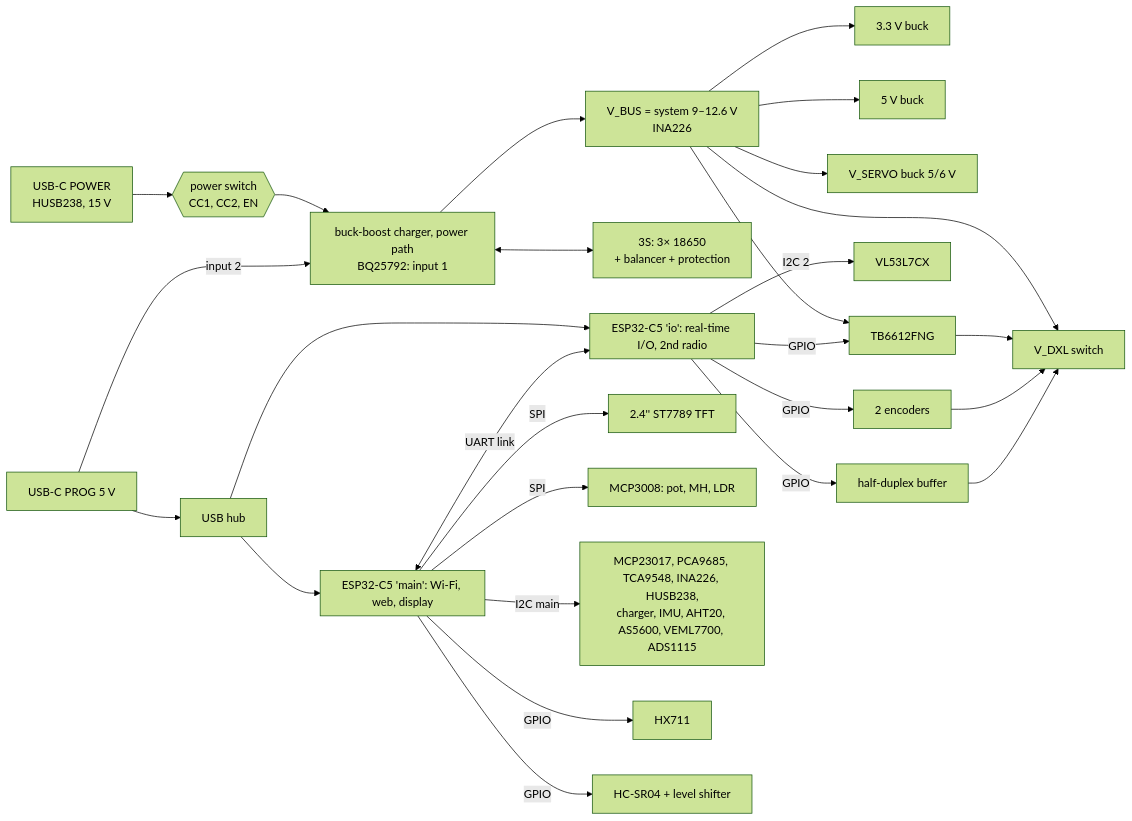
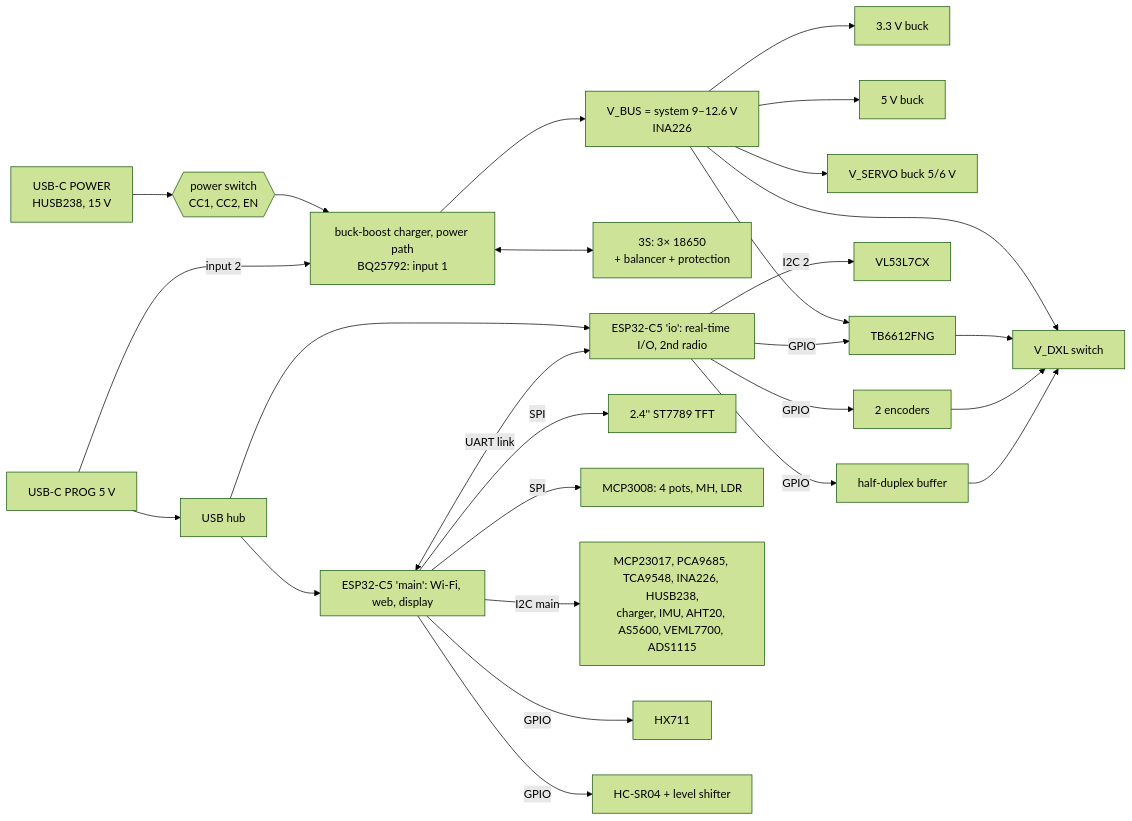
Before and after one commit to vgroenhuis/SensorTestSetup: the diagram in Electronics_KiCad/PCB_SPEC.md, drawn with Mermaid (forest theme). The commit also changed other lines of this file and 6 other files, not shown here.

First line of the commit message:
PCB schematic: 4 LEDs, 2 rocker switches, 4 potentiometers

````diff
--- a/Electronics_KiCad/PCB_SPEC.md
+++ b/Electronics_KiCad/PCB_SPEC.md
@@ -44,23 +44,23 @@
 ```mermaid
 flowchart LR
   PD[USB-C POWER<br>HUSB238, 15 V] --> SW{{power switch<br>CC1, CC2, EN}}
   SW --> CHG[buck-boost charger, power path<br>BQ25792: input 1]
   PROG[USB-C PROG 5 V] --> HUB[USB hub]
   PROG -- input 2 --> CHG
   HUB --> A & B
   CHG <--> BAT[3S: 3× 18650<br>+ balancer + protection]
   CHG --> VBUS[V_BUS = system 9–12.6 V<br>INA226]
   VBUS --> R33[3.3 V buck] & R5[5 V buck] & SERVO[V_SERVO buck 5/6 V] & MOT[TB6612FNG] & DXL[V_DXL switch]
   subgraph A[ESP32-C5 'main': Wi-Fi, web, display]
     direction TB
   end
   subgraph B[ESP32-C5 'io': real-time I/O, 2nd radio]
     direction TB
   end
   A <-- UART link --> B
-  A -- SPI --> TFT[2.4'' ST7789 TFT] & ADC8[MCP3008: pot, MH, LDR]
+  A -- SPI --> TFT[2.4'' ST7789 TFT] & ADC8[MCP3008: 4 pots, MH, LDR]
   A -- I2C main --> I2CDEV[MCP23017, PCA9685, TCA9548, INA226, HUSB238,<br>charger, IMU, AHT20, AS5600, VEML7700, ADS1115]
   A -- GPIO --> HX[HX711] & US[HC-SR04 + level shifter]
   B -- I2C 2 --> TOF[VL53L7CX]
   B -- GPIO --> MOT & ENC[2 encoders] & DXLBUF[half-duplex buffer] --> DXL
 ```
````
